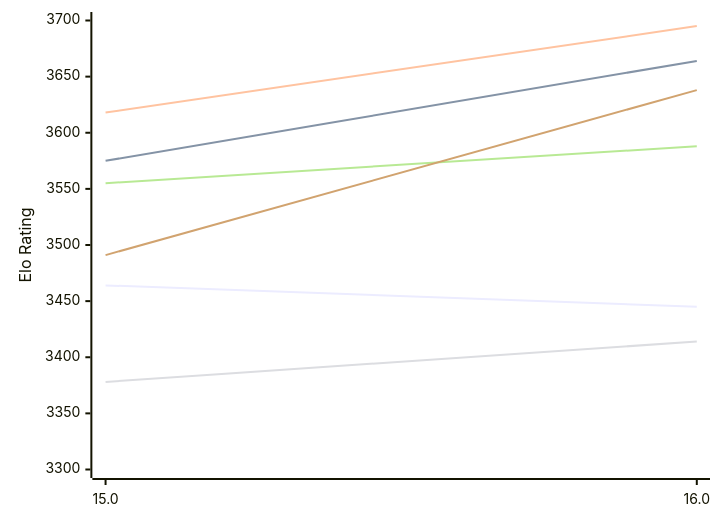
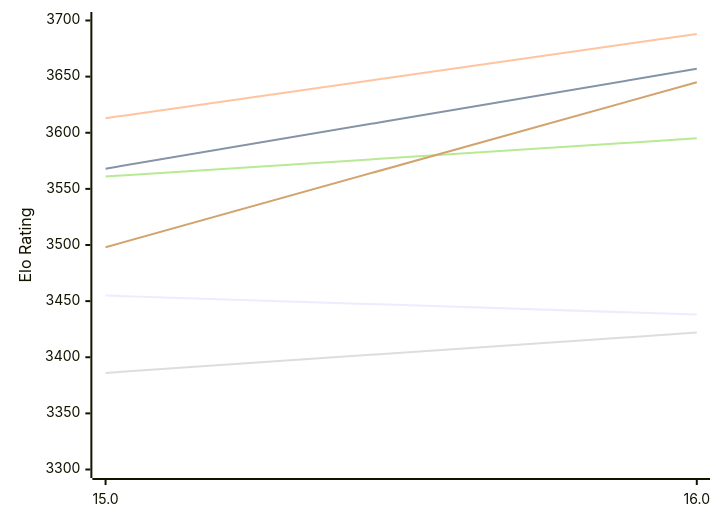
One commit to computer-chess-index/cci changed the first of 2 diagrams in engines/Obsidian.md. Above: the diagram before and after it, drawn with Mermaid. The commit also changed other lines of this file, not shown here.

Commit message:
Update CCI Ratings (ELO VLTC) - 2026-11-18

````diff
--- a/engines/Obsidian.md
+++ b/engines/Obsidian.md
@@ -52,12 +52,12 @@
 ```mermaid
 %%{init: {"theme":"base","themeVariables":{"seriesColors:['#a3a3a3','#222221','#faa371']}}}%%
 xychart-beta
   x-axis ["15.0", "16.0"]
   y-axis "Elo Rating" 3300 --> 3700
-  line "E1: STC (8.0+0.08s)" [3464, 3445]
-  line "E1: LTC (60.0+0.60s)" [3575, 3664]
-  line "E1: VLTC (2m24s+1.12s)" [3618, 3695]
-  line "P1: STC (8.0+0.08s)" [3378, 3414]
-  line "P1: LTC (60.0+0.60s)" [3555, 3588]
-  line "P1: VLTC (2m24s+1.12s)" [3491, 3638]
+  line "E1: STC (8.0+0.08s)" [3455, 3438]
+  line "E1: LTC (60.0+0.60s)" [3568, 3657]
+  line "E1: VLTC (2m24s+1.12s)" [3613, 3688]
+  line "P1: STC (8.0+0.08s)" [3386, 3422]
+  line "P1: LTC (60.0+0.60s)" [3561, 3595]
+  line "P1: VLTC (2m24s+1.12s)" [3498, 3645]
 ```
````
